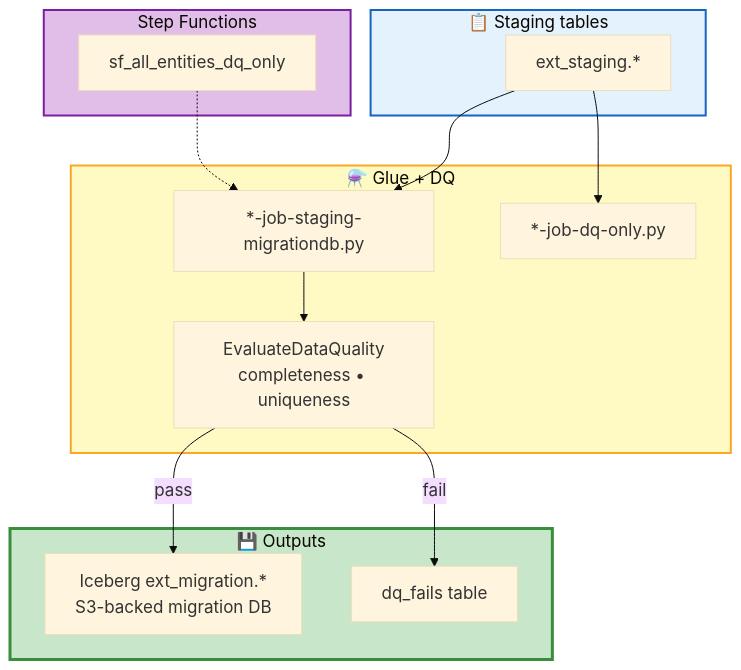
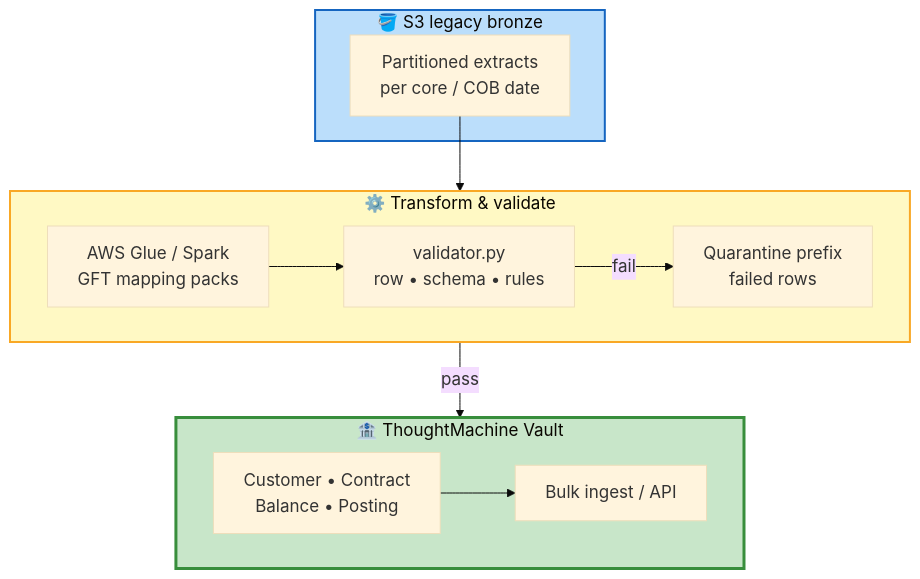
The third of 4 diagrams in README.md (willtran112358/gft-cloud-data-migration-framework), drawn with Mermaid before and after one commit. The commit also changed other lines of this file and 2 other files, not shown here.

Commit message:
Restore APAC-centric architecture, remove zip and sequence diagram

````diff
--- a/README.md
+++ b/README.md
@@ -97,34 +86,30 @@
 ```mermaid
 %%{init: {'theme': 'base', 'themeVariables': {'fontSize': '17px'}}}%%
 flowchart TD
-    subgraph IN["📋 Staging tables"]
-        STG["ext_staging.*"]
+    subgraph S3["🪣 S3 legacy bronze"]
+        RAW["Partitioned extracts<br/>per core / COB date"]
     end
 
-    subgraph GLUE["⚗️ Glue + DQ"]
-        MIG["*-job-staging-migrationdb.py"]
-        DQ["EvaluateDataQuality<br/>completeness • uniqueness"]
-        DQO["*-job-dq-only.py"]
+    subgraph ETL["⚙️ Transform & validate"]
+        direction LR
+        GLUE["AWS Glue / Spark<br/>GFT mapping packs"]
+        VAL["validator.py<br/>row • schema • rules"]
+        QUAR["Quarantine prefix<br/>failed rows"]
     end
 
-    subgraph OUT["💾 Outputs"]
-        ICE["Iceberg ext_migration.*<br/>S3-backed migration DB"]
-        FAIL["dq_fails table"]
+    subgraph TM["🏦 ThoughtMachine Vault"]
+        direction LR
+        MAP["Customer • Contract<br/>Balance • Posting"]
+        LOAD["Bulk ingest / API"]
     end
 
-  subgraph SF["Step Functions"]
-    SFDQ["sf_all_entities_dq_only"]
-  end
+    RAW --> GLUE
+    GLUE --> VAL
+    VAL -->|"pass"| MAP
+    VAL -->|"fail"| QUAR
+    MAP --> LOAD
 
-    STG --> MIG
-    STG --> DQO
-    MIG --> DQ
-    DQ -->|"pass"| ICE
-    DQ -->|"fail"| FAIL
-    SFDQ -.-> MIG
-
-    style IN fill:#E3F2FD,stroke:#1565C0,stroke-width:2px
-    style GLUE fill:#FFF9C4,stroke:#F9A825,stroke-width:2px
-    style OUT fill:#C8E6C9,stroke:#388E3C,stroke-width:3px
-    style SF fill:#E1BEE7,stroke:#7B1FA2,stroke-width:2px
+    style S3 fill:#BBDEFB,stroke:#1565C0,stroke-width:2px
+    style ETL fill:#FFF9C4,stroke:#F9A825,stroke-width:2px
+    style TM fill:#C8E6C9,stroke:#388E3C,stroke-width:3px
 ```
````
